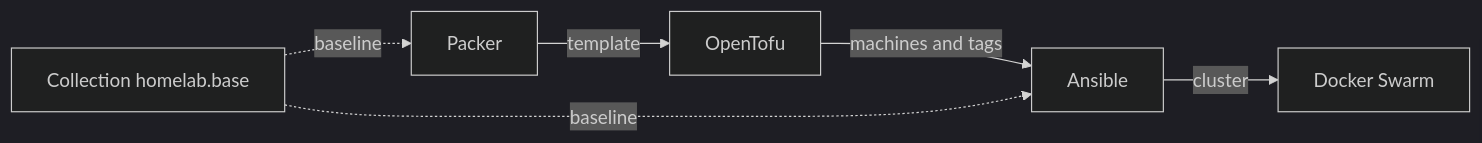
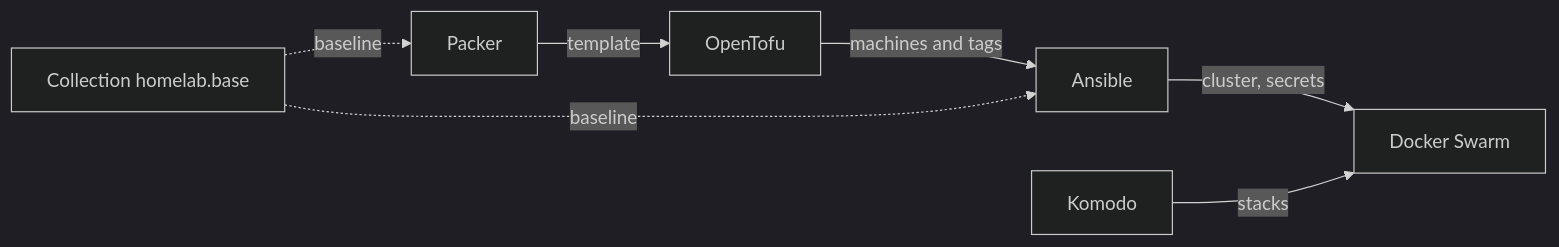
Before and after one commit to atilili-homelab/.github: the diagram in profile/README.md, drawn with Mermaid (dark theme). The commit also changed other lines of this file, not shown here.

Commit message:
docs(profile): add opentofu and docker repositories

````diff
--- a/profile/README.md
+++ b/profile/README.md
@@ -11,8 +11,9 @@
 ```mermaid
 flowchart LR
     packer[Packer] -->|template| tofu[OpenTofu]
     tofu -->|machines and tags| ansible[Ansible]
     base[Collection homelab.base] -.->|baseline| packer
     base -.->|baseline| ansible
-    ansible -->|cluster| swarm[Docker Swarm]
+    ansible -->|cluster, secrets| swarm[Docker Swarm]
+    komodo[Komodo] -->|stacks| swarm
 ```
````
